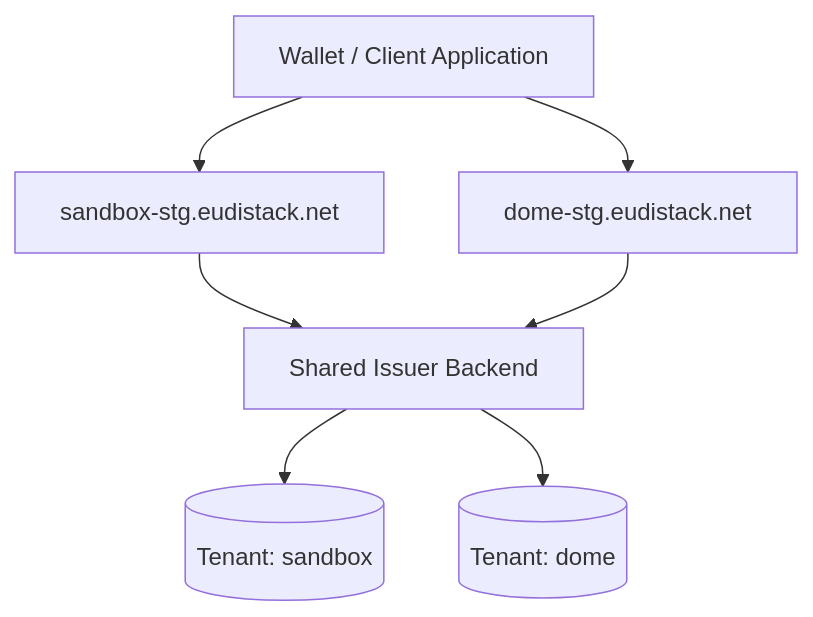
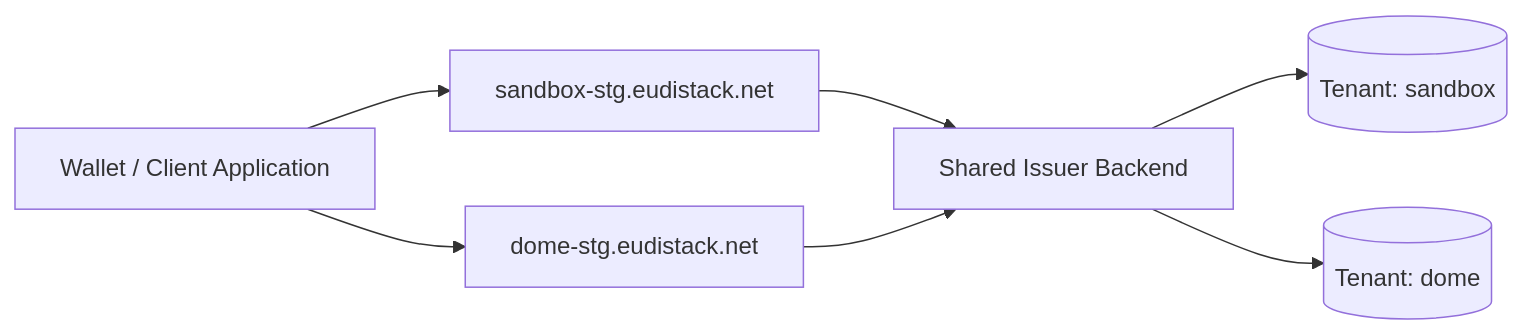
The diagram in docs/developers/concepts/multi-tenant.en.md (in2workspace/eudistack-docs), drawn with Mermaid before and after one commit. The commit also changed other lines of this file and 22 other files, not shown here.

````diff
--- a/docs/developers/concepts/multi-tenant.en.md
+++ b/docs/developers/concepts/multi-tenant.en.md
@@ -11,13 +13,13 @@
 ```mermaid
-flowchart
+flowchart LR
     A[Wallet / Client Application]
 
     A --> B[sandbox-stg.eudistack.net]
     A --> C[dome-stg.eudistack.net]
 
     B --> D[Shared Issuer Backend]
     C --> D
 
     D --> E[(Tenant: sandbox)]
     D --> F[(Tenant: dome)]
 ```
````
